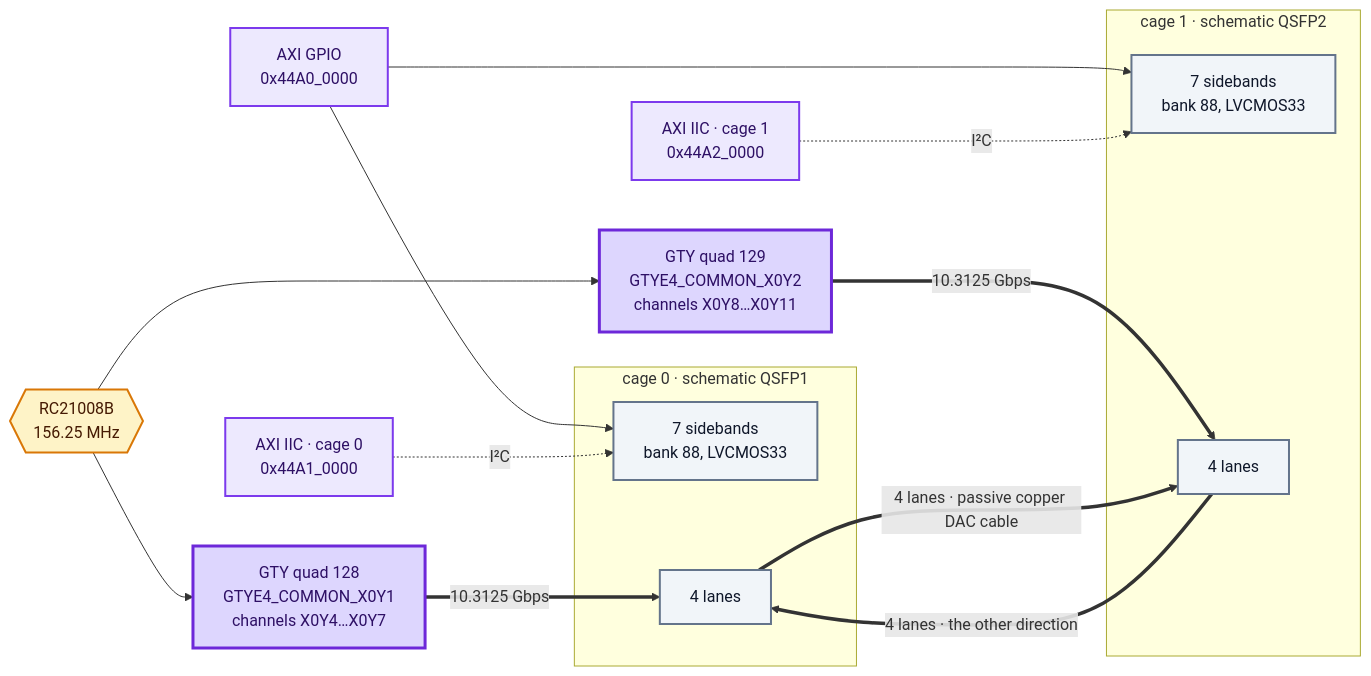
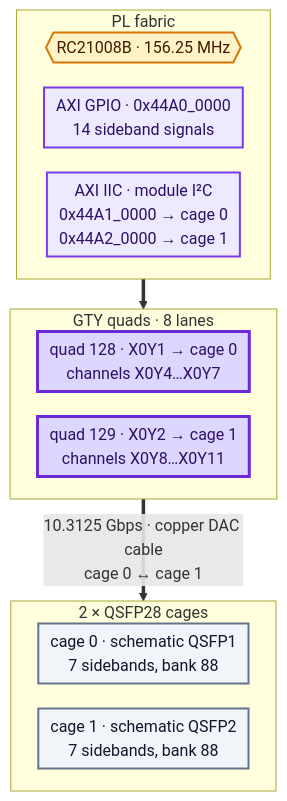
One commit to JutsFunFor/xczu27dr-rfsoc changed the diagram in qsfp/README.md. Above: the diagram before and after it, drawn with Mermaid. The commit also changed 7 other files, not shown here.

````diff
--- a/qsfp/README.md
+++ b/qsfp/README.md
@@ -60,40 +60,32 @@
 ```mermaid
-flowchart LR
-  REF{{"RC21008B<br/>156.25 MHz"}}
-  GPIO["AXI GPIO<br/>0x44A0_0000"]
-  IIC0["AXI IIC · cage 0<br/>0x44A1_0000"]
-  IIC1["AXI IIC · cage 1<br/>0x44A2_0000"]
-  Q0["GTY quad 128<br/>GTYE4_COMMON_X0Y1<br/>channels X0Y4…X0Y7"]
-  Q1["GTY quad 129<br/>GTYE4_COMMON_X0Y2<br/>channels X0Y8…X0Y11"]
-
-  subgraph C0["cage 0 · schematic QSFP1"]
-    S0["7 sidebands<br/>bank 88, LVCMOS33"]
-    L0["4 lanes"]
+%%{init: {"flowchart": {"nodeSpacing": 25, "rankSpacing": 30, "padding": 6}}}%%
+flowchart TD
+  subgraph FAB["PL fabric"]
+    REF{{"RC21008B · 156.25 MHz"}}
+    GPIO["AXI GPIO · 0x44A0_0000<br/>14 sideband signals"]
+    IIC["AXI IIC · module I²C<br/>0x44A1_0000 → cage 0<br/>0x44A2_0000 → cage 1"]
   end
 
-  subgraph C1["cage 1 · schematic QSFP2"]
-    S1["7 sidebands<br/>bank 88, LVCMOS33"]
-    L1["4 lanes"]
+  subgraph GTYQ["GTY quads · 8 lanes"]
+    Q0["quad 128 · X0Y1 → cage 0<br/>channels X0Y4…X0Y7"]
+    Q1["quad 129 · X0Y2 → cage 1<br/>channels X0Y8…X0Y11"]
   end
 
-  REF --> Q0
-  REF --> Q1
-  GPIO --> S0
-  GPIO --> S1
-  IIC0 -.->|"I²C"| S0
-  IIC1 -.->|"I²C"| S1
-  Q0 ==>|"10.3125 Gbps"| L0
-  Q1 ==>|"10.3125 Gbps"| L1
-  L0 ==>|"4 lanes · passive copper DAC cable"| L1
-  L1 ==>|"4 lanes · the other direction"| L0
+  FAB ==> GTYQ
+  GTYQ ==>|"10.3125 Gbps · copper DAC cable<br/>cage 0 ↔ cage 1"| CAGES
+
+  subgraph CAGES["2 × QSFP28 cages"]
+    C0["cage 0 · schematic QSFP1<br/>7 sidebands, bank 88"]
+    C1["cage 1 · schematic QSFP2<br/>7 sidebands, bank 88"]
+  end
 
   classDef clk  fill:#fef3c7,stroke:#d97706,stroke-width:2px,color:#451a03
   classDef pl   fill:#ede9fe,stroke:#7c3aed,stroke-width:2px,color:#2e1065
   classDef gty  fill:#ddd6fe,stroke:#6d28d9,stroke-width:3px,color:#2e1065
   classDef cage fill:#f1f5f9,stroke:#64748b,stroke-width:2px,color:#0f172a
 
   class REF clk
-  class GPIO,IIC0,IIC1 pl
+  class GPIO,IIC pl
   class Q0,Q1 gty
-  class S0,S1,L0,L1 cage
+  class C0,C1 cage
 ```
````
